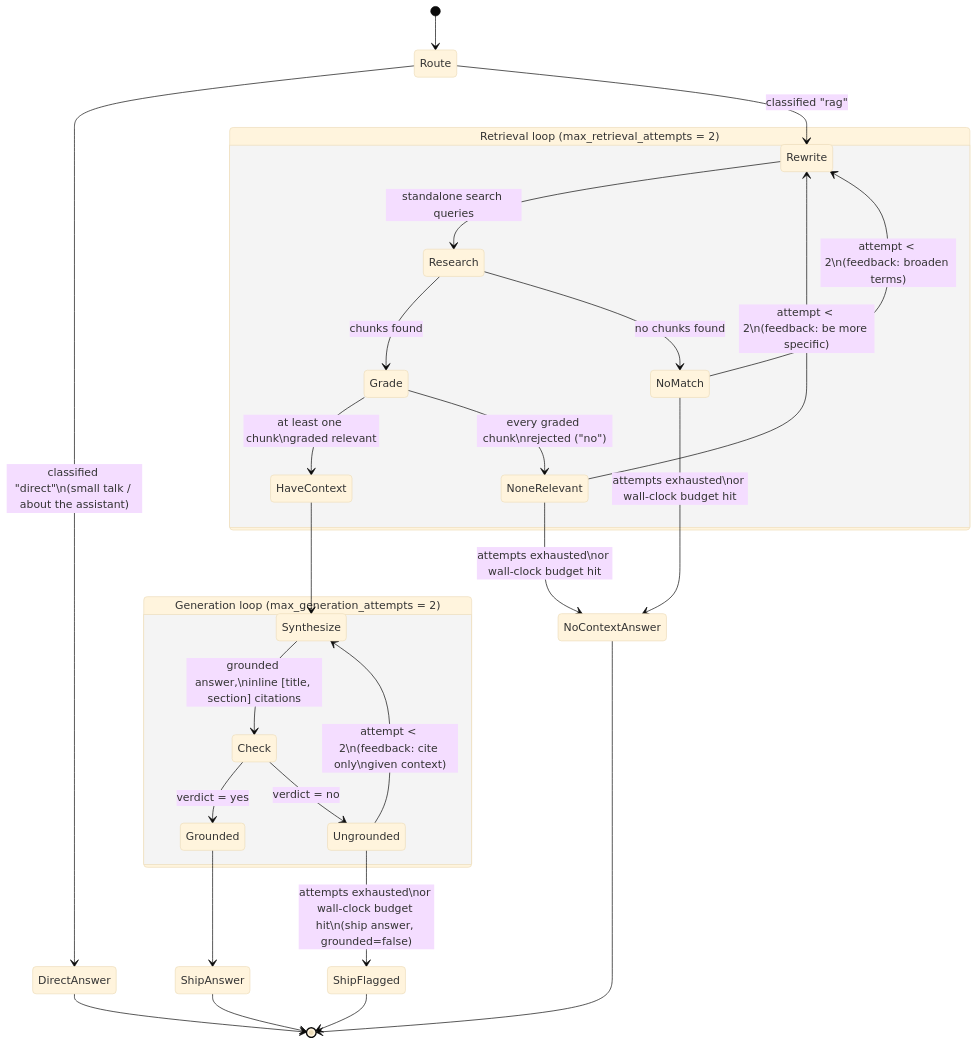
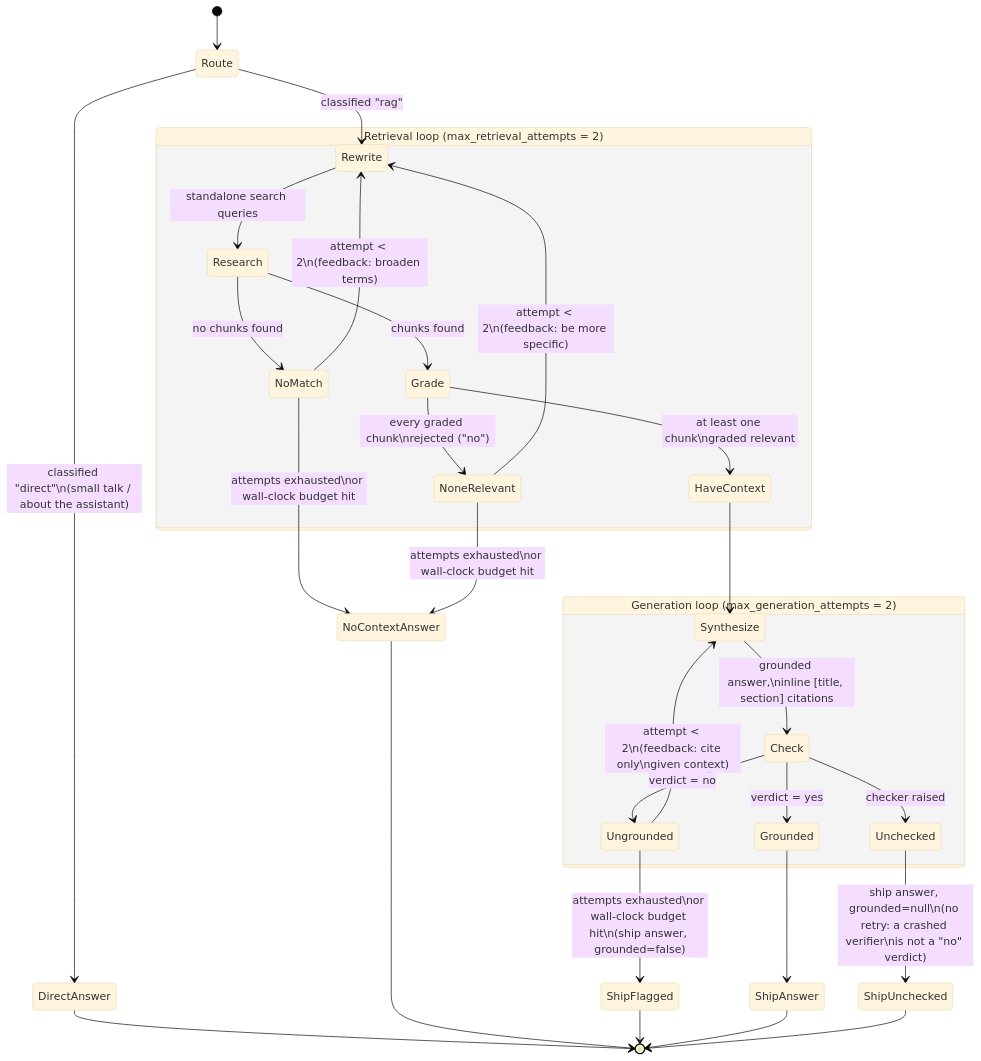
One commit to spectare007/documind changed the third of 4 diagrams in doc/architecture.md. Above: the diagram before and after it, drawn with Mermaid (base theme). The commit also changed other lines of this file and 22 other files, not shown here.

````diff
--- a/doc/architecture.md
+++ b/doc/architecture.md
@@ -90,36 +91,39 @@
 ```mermaid
 stateDiagram-v2
     [*] --> Route
     Route --> DirectAnswer: classified "direct"\n(small talk / about the assistant)
     DirectAnswer --> [*]
 
     Route --> Rewrite: classified "rag"
 
     state "Retrieval loop (max_retrieval_attempts = 2)" as RetrievalLoop {
         Rewrite --> Research: standalone search queries
         Research --> Grade: chunks found
         Research --> NoMatch: no chunks found
         Grade --> HaveContext: at least one chunk\ngraded relevant
         Grade --> NoneRelevant: every graded chunk\nrejected ("no")
     }
 
     NoMatch --> Rewrite: attempt < 2\n(feedback: broaden terms)
     NoneRelevant --> Rewrite: attempt < 2\n(feedback: be more specific)
     NoMatch --> NoContextAnswer: attempts exhausted\nor wall-clock budget hit
     NoneRelevant --> NoContextAnswer: attempts exhausted\nor wall-clock budget hit
     NoContextAnswer --> [*]
 
     HaveContext --> Synthesize
 
     state "Generation loop (max_generation_attempts = 2)" as GenerationLoop {
         Synthesize --> Check: grounded answer,\ninline [title, section] citations
         Check --> Grounded: verdict = yes
         Check --> Ungrounded: verdict = no
+        Check --> Unchecked: checker raised
     }
 
     Ungrounded --> Synthesize: attempt < 2\n(feedback: cite only\ngiven context)
     Ungrounded --> ShipFlagged: attempts exhausted\nor wall-clock budget hit\n(ship answer, grounded=false)
     Grounded --> ShipAnswer
+    Unchecked --> ShipUnchecked: ship answer, grounded=null\n(no retry: a crashed verifier\nis not a "no" verdict)
     ShipFlagged --> [*]
     ShipAnswer --> [*]
+    ShipUnchecked --> [*]
 ```
````
